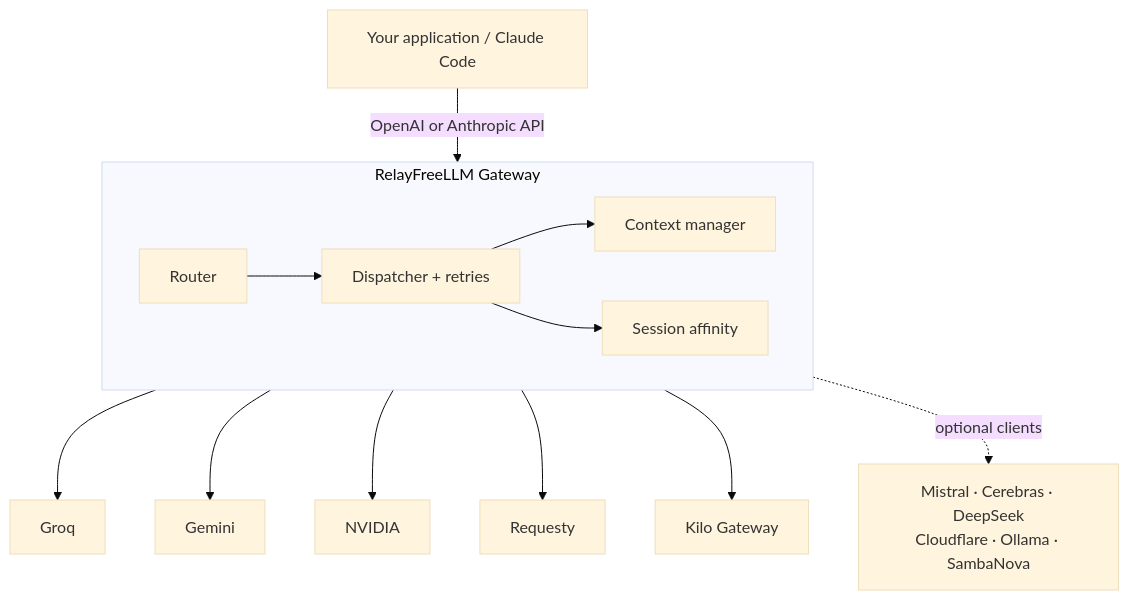
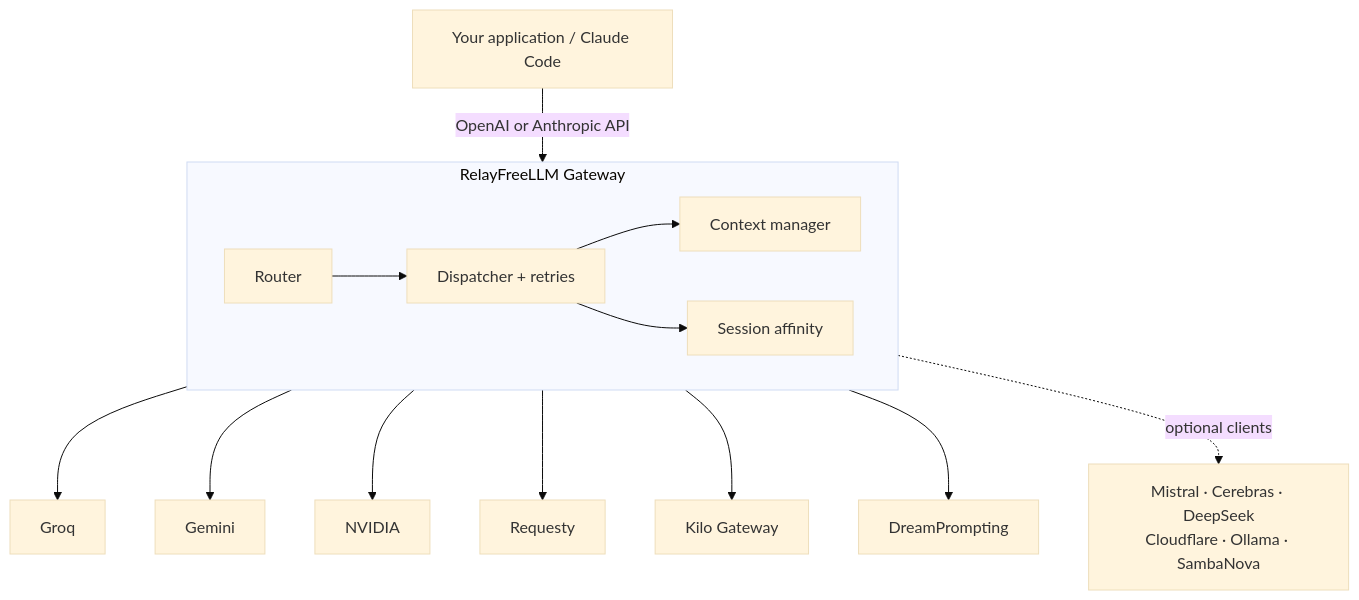
One commit to msmarkgu/RelayFreeLLM changed the diagram in README.md. Above: the diagram before and after it, drawn with Mermaid (base theme). The commit also changed other lines of this file and 5 other files, not shown here.

Commit message:
Add DreamPrompting as a default provider

````diff
--- a/README.md
+++ b/README.md
@@ -470,15 +473,16 @@
 ```mermaid
 flowchart TD
     A[Your application / Claude Code] -->|OpenAI or Anthropic API| B
     subgraph B[RelayFreeLLM Gateway]
         C[Router] --> D[Dispatcher + retries]
         D --> E[Context manager]
         D --> F[Session affinity]
     end
     B --> G[Groq]
     B --> H[Gemini]
     B --> I[NVIDIA]
     B --> K[Requesty]
     B --> L[Kilo Gateway]
+    B --> M[DreamPrompting]
     B -. optional clients .-> J[Mistral · Cerebras · DeepSeek<br/>Cloudflare · Ollama · SambaNova]
 ```
````
